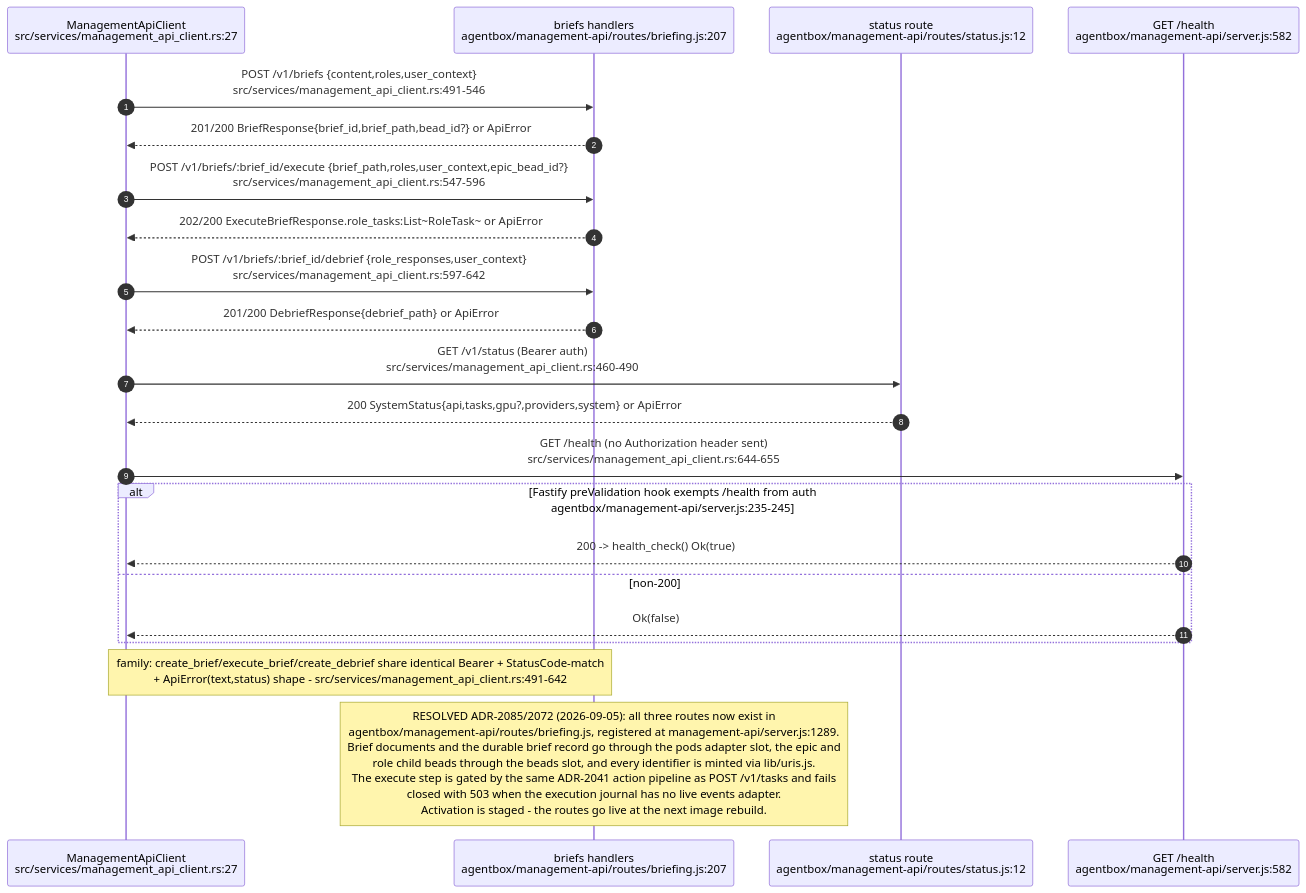
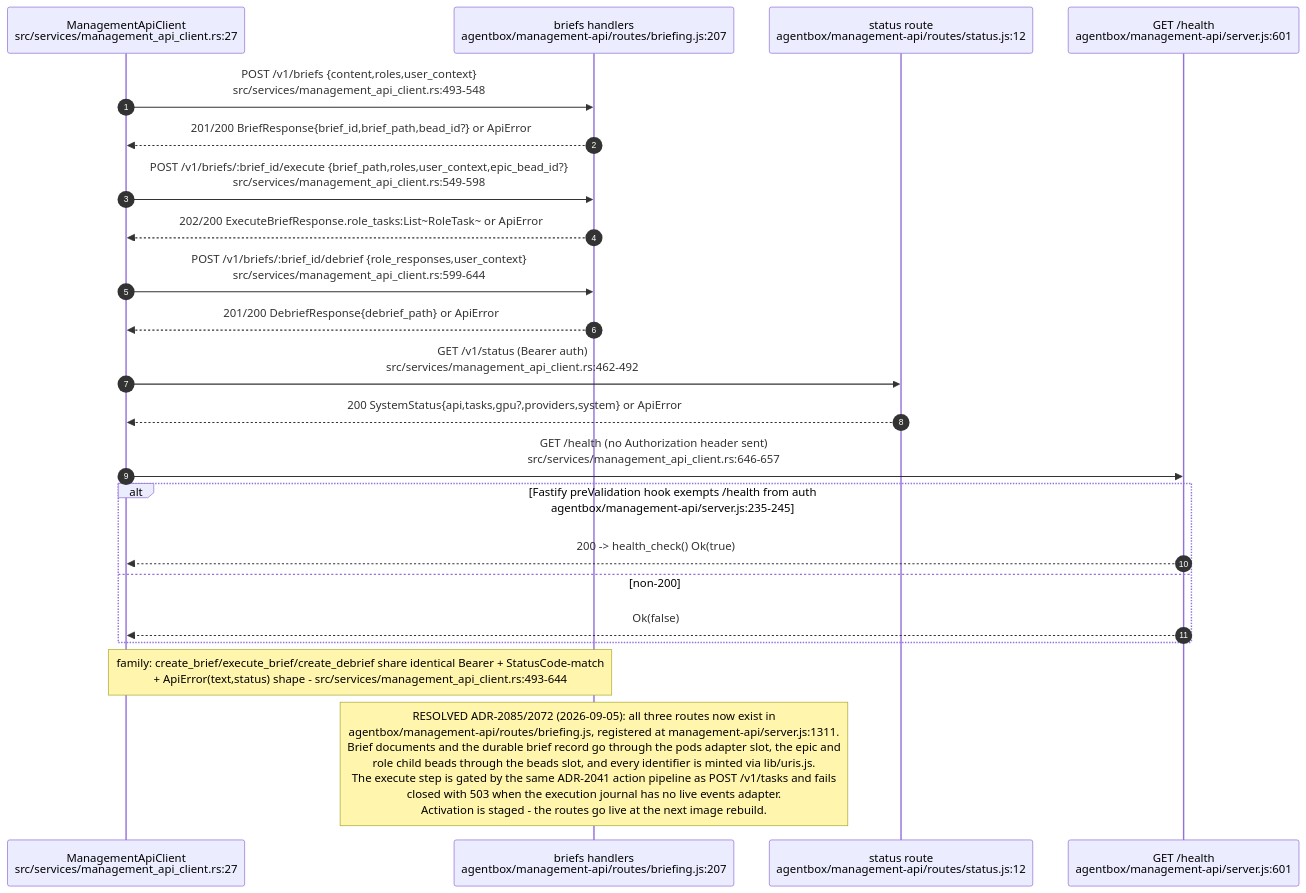
Before and after one commit to DreamLab-AI/VisionFlow: diagram 11 of 12 in docs/diagrams/estate/02-agent-events-agentbox-to-visionclaw.md, drawn with Mermaid. The commit also changed other lines of this file and 6 other files, not shown here.

````diff
--- a/docs/diagrams/estate/02-agent-events-agentbox-to-visionclaw.md
+++ b/docs/diagrams/estate/02-agent-events-agentbox-to-visionclaw.md
@@ -511,25 +512,25 @@
 ```mermaid
 sequenceDiagram
     autonumber
     participant VC as ManagementApiClient<br/>src/services/management_api_client.rs:27
     participant BRF as briefs handlers<br/>agentbox/management-api/routes/briefing.js:207
     participant STA as status route<br/>agentbox/management-api/routes/status.js:12
-    participant HLT as GET /health<br/>agentbox/management-api/server.js:582
+    participant HLT as GET /health<br/>agentbox/management-api/server.js:601
 
-    VC->>BRF: POST /v1/briefs {content,roles,user_context}<br/>src/services/management_api_client.rs:491-546
+    VC->>BRF: POST /v1/briefs {content,roles,user_context}<br/>src/services/management_api_client.rs:493-548
     BRF-->>VC: 201/200 BriefResponse{brief_id,brief_path,bead_id?} or ApiError
-    VC->>BRF: POST /v1/briefs/:brief_id/execute {brief_path,roles,user_context,epic_bead_id?}<br/>src/services/management_api_client.rs:547-596
+    VC->>BRF: POST /v1/briefs/:brief_id/execute {brief_path,roles,user_context,epic_bead_id?}<br/>src/services/management_api_client.rs:549-598
     BRF-->>VC: 202/200 ExecuteBriefResponse.role_tasks:List~RoleTask~ or ApiError
-    VC->>BRF: POST /v1/briefs/:brief_id/debrief {role_responses,user_context}<br/>src/services/management_api_client.rs:597-642
+    VC->>BRF: POST /v1/briefs/:brief_id/debrief {role_responses,user_context}<br/>src/services/management_api_client.rs:599-644
     BRF-->>VC: 201/200 DebriefResponse{debrief_path} or ApiError
-    VC->>STA: GET /v1/status (Bearer auth)<br/>src/services/management_api_client.rs:460-490
+    VC->>STA: GET /v1/status (Bearer auth)<br/>src/services/management_api_client.rs:462-492
     STA-->>VC: 200 SystemStatus{api,tasks,gpu?,providers,system} or ApiError
-    VC->>HLT: GET /health (no Authorization header sent)<br/>src/services/management_api_client.rs:644-655
+    VC->>HLT: GET /health (no Authorization header sent)<br/>src/services/management_api_client.rs:646-657
     alt Fastify preValidation hook exempts /health from auth<br/>agentbox/management-api/server.js:235-245
         HLT-->>VC: 200 -> health_check() Ok(true)
     else non-200
         HLT-->>VC: Ok(false)
     end
-    Note over VC,BRF: family: create_brief/execute_brief/create_debrief share identical Bearer + StatusCode-match<br/>+ ApiError(text,status) shape - src/services/management_api_client.rs:491-642
-    Note over BRF: RESOLVED ADR-2085/2072 (2026-09-05): all three routes now exist in<br/>agentbox/management-api/routes/briefing.js, registered at management-api/server.js:1289.<br/>Brief documents and the durable brief record go through the pods adapter slot, the epic and<br/>role child beads through the beads slot, and every identifier is minted via lib/uris.js.<br/>The execute step is gated by the same ADR-2041 action pipeline as POST /v1/tasks and fails<br/>closed with 503 when the execution journal has no live events adapter.<br/>Activation is staged - the routes go live at the next image rebuild.
+    Note over VC,BRF: family: create_brief/execute_brief/create_debrief share identical Bearer + StatusCode-match<br/>+ ApiError(text,status) shape - src/services/management_api_client.rs:493-644
+    Note over BRF: RESOLVED ADR-2085/2072 (2026-09-05): all three routes now exist in<br/>agentbox/management-api/routes/briefing.js, registered at management-api/server.js:1311.<br/>Brief documents and the durable brief record go through the pods adapter slot, the epic and<br/>role child beads through the beads slot, and every identifier is minted via lib/uris.js.<br/>The execute step is gated by the same ADR-2041 action pipeline as POST /v1/tasks and fails<br/>closed with 503 when the execution journal has no live events adapter.<br/>Activation is staged - the routes go live at the next image rebuild.
 ```
````
